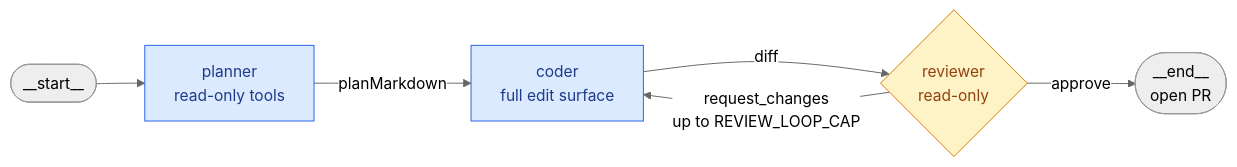
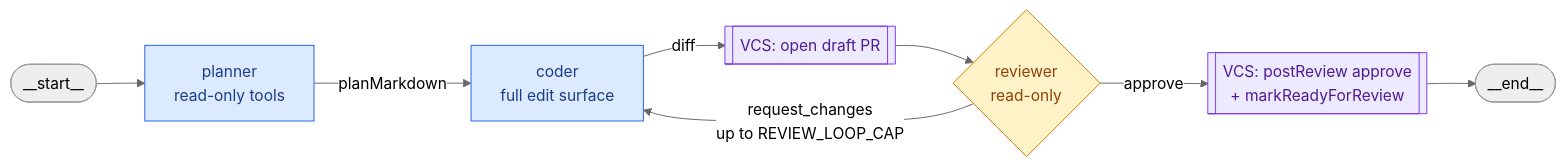
Before and after one commit to mergecrew/mergecrew: the diagram in docs/03-infrastructure/18-multi-agent.md, drawn with Mermaid (neutral theme). The commit also changed other lines of this file and 12 other files, not shown here.

First line of the commit message:
docs: refresh for inverted FTE, draft-PR review, Resend, demo flag

````diff
--- a/docs/03-infrastructure/18-multi-agent.md
+++ b/docs/03-infrastructure/18-multi-agent.md
@@ -33,13 +33,17 @@
 ```mermaid
 flowchart LR
     Start([__start__]) --> Plan[planner<br/>read-only tools]
     Plan -->|planMarkdown| Code[coder<br/>full edit surface]
-    Code -->|diff| Rev{reviewer<br/>read-only}
-    Rev -- approve --> End([__end__<br/>open PR])
+    Code -->|diff| Draft[[VCS: open draft PR]]
+    Draft --> Rev{reviewer<br/>read-only}
     Rev -- request_changes<br/>up to REVIEW_LOOP_CAP --> Code
+    Rev -- approve --> Post[[VCS: postReview approve<br/>+ markReadyForReview]]
+    Post --> End([__end__])
 
     classDef agent fill:#dbeafe,stroke:#2563eb,color:#1e3a8a
     classDef gate fill:#fef3c7,stroke:#d97706,color:#92400e
+    classDef vcs fill:#ede9fe,stroke:#7c3aed,color:#4c1d95
     class Plan,Code agent
     class Rev gate
+    class Draft,Post vcs
 ```
````
